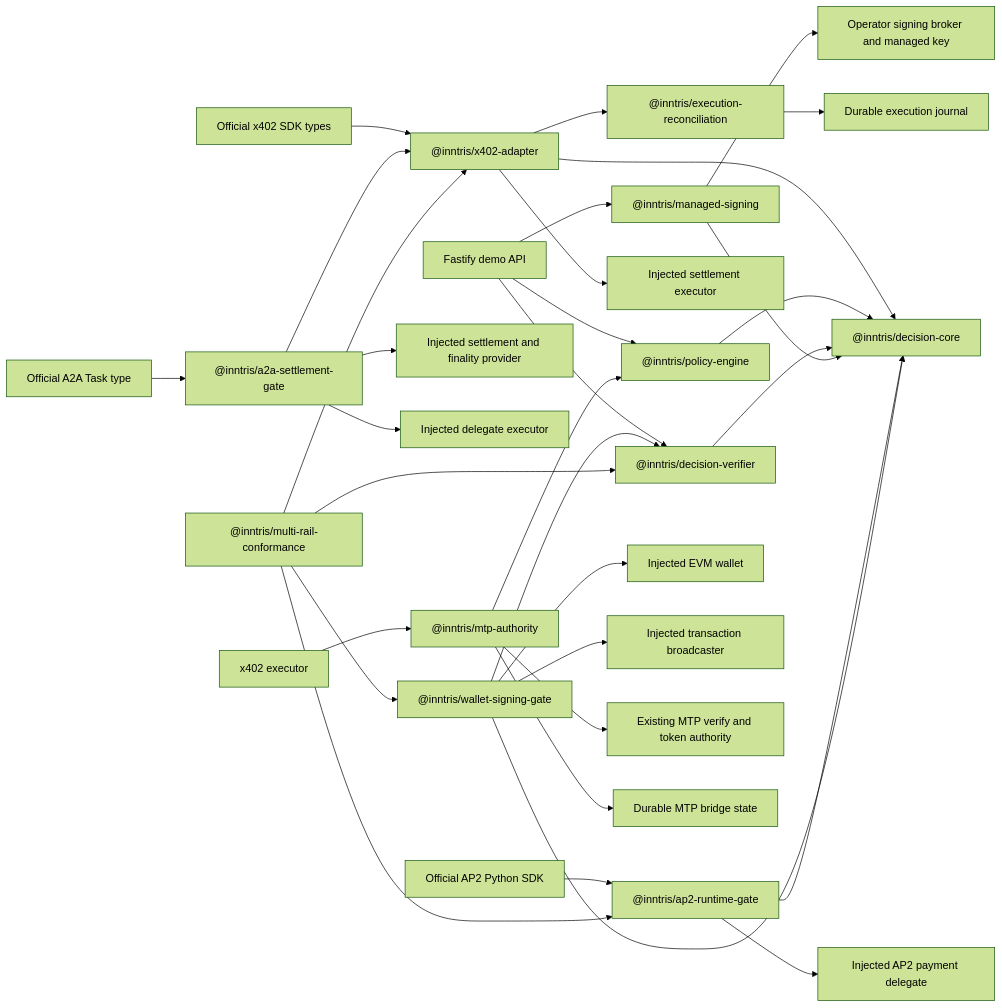
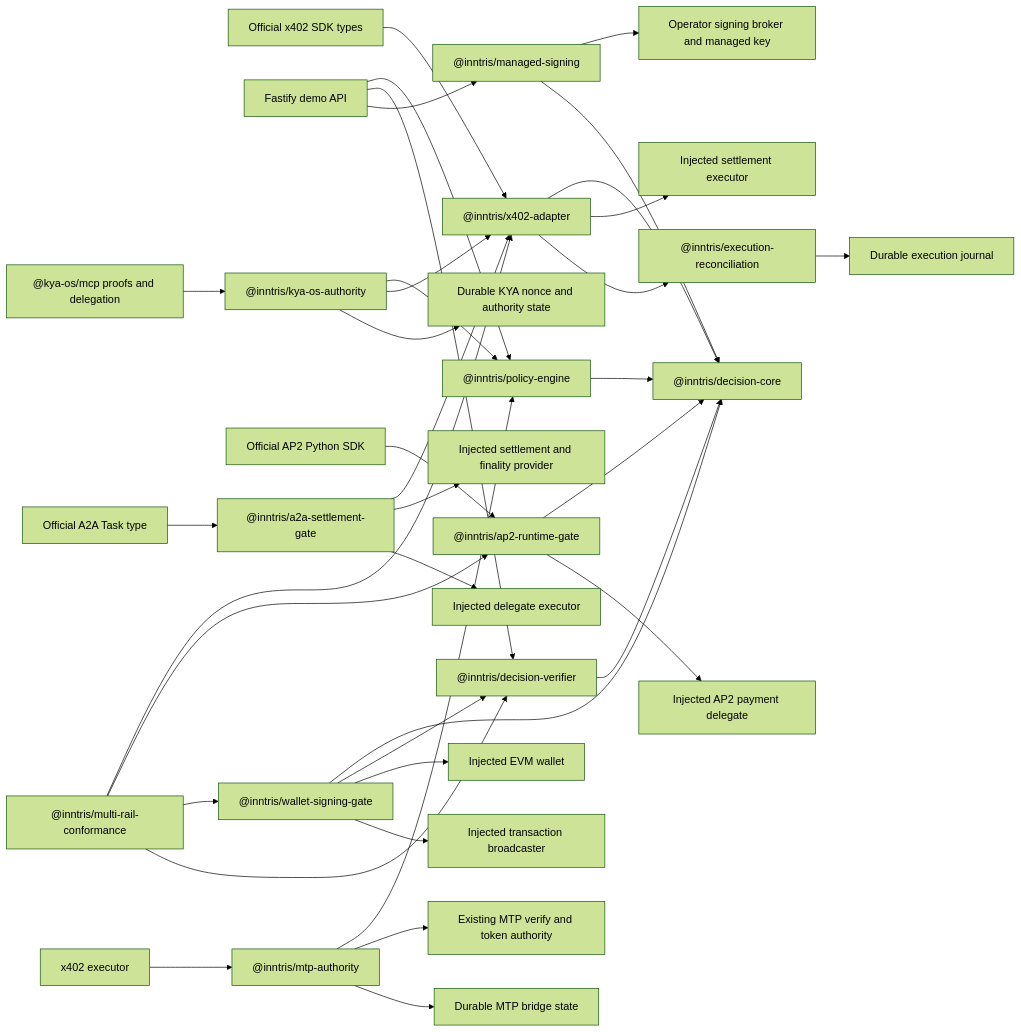
One commit to Inntris/inntris-x402-policy-adapter changed the diagram in ARCHITECTURE.md. Above: the diagram before and after it, drawn with Mermaid (forest theme). The commit also changed other lines of this file and 166 other files, not shown here.

First line of the commit message:
Implement KYA OS authority v0.4.0 (#38)

````diff
--- a/ARCHITECTURE.md
+++ b/ARCHITECTURE.md
@@ -22,34 +25,38 @@
 ```mermaid
 flowchart LR
     X["Official x402 SDK types"] --> A["@inntris/x402-adapter"]
     A --> C["@inntris/decision-core"]
     P["@inntris/policy-engine"] --> C
     V["@inntris/decision-verifier"] --> C
     API["Fastify demo API"] --> P
     API --> V
     API --> MS["@inntris/managed-signing"]
     MS --> KMS["Operator signing broker and managed key"]
     MS --> C
     A --> E["Injected settlement executor"]
     A --> J["@inntris/execution-reconciliation"]
     J --> PGX["Durable execution journal"]
     T["Official A2A Task type"] --> G["@inntris/a2a-settlement-gate"]
     G --> A
     G --> S["Injected settlement and finality provider"]
     G --> D["Injected delegate executor"]
     M["Official AP2 Python SDK"] --> R["@inntris/ap2-runtime-gate"]
     R --> C
     R --> Q["Injected AP2 payment delegate"]
     W["@inntris/wallet-signing-gate"] --> C
     W --> V
     W --> K["Injected EVM wallet"]
     W --> B["Injected transaction broadcaster"]
     N["@inntris/multi-rail-conformance"] --> A
     N --> R
     N --> W
     N --> V
     X402["x402 executor"] --> H["@inntris/mtp-authority"]
     H --> P
     H --> MTP["Existing MTP verify and token authority"]
     H --> PG["Durable MTP bridge state"]
+    KYA["@kya-os/mcp proofs and delegation"] --> KA["@inntris/kya-os-authority"]
+    KA --> P
+    KA --> A
+    KA --> PGK["Durable KYA nonce and authority state"]
 ```
````
